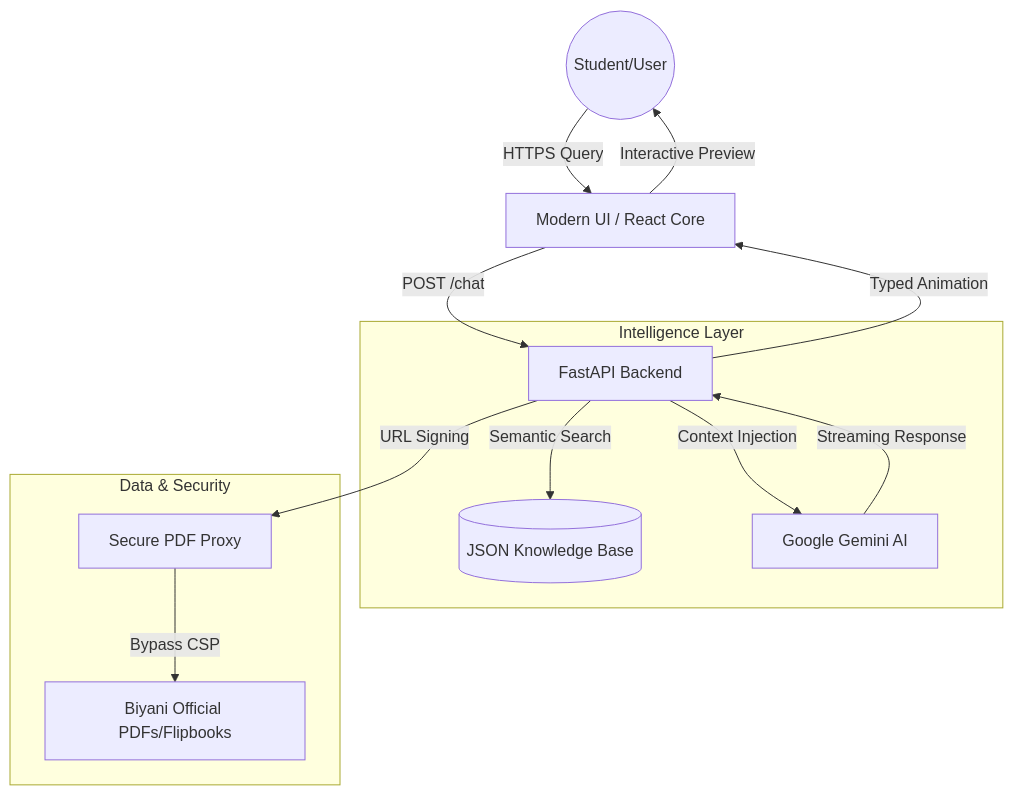
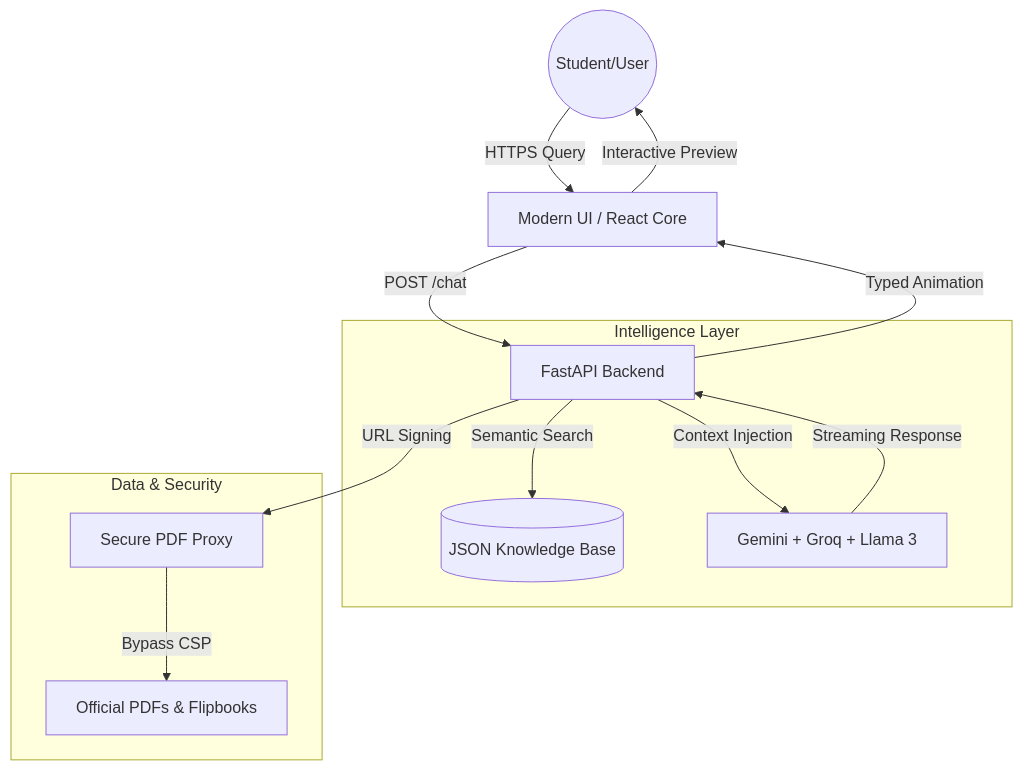
One commit to Kushal96499/Biyani-AI-Counselor changed the diagram in README.md. Above: the diagram before and after it, drawn with Mermaid. The commit also changed other lines of this file, not shown here.

Commit message:
docs: update README with multi-model architecture details and optimized installation instructions

````diff
--- a/README.md
+++ b/README.md
@@ -23,19 +33,19 @@
 ```mermaid
 graph TD
     User((Student/User)) -->|HTTPS Query| Frontend[Modern UI / React Core]
     Frontend -->|POST /chat| API[FastAPI Backend]
     
     subgraph "Intelligence Layer"
     API -->|Semantic Search| JSON[(JSON Knowledge Base)]
-    API -->|Context Injection| Gemini[Google Gemini AI]
+    API -->|Context Injection| MultiAI[Gemini + Groq + Llama 3]
     end
     
     subgraph "Data & Security"
     API -->|URL Signing| Proxy[Secure PDF Proxy]
-    Proxy -->|Bypass CSP| Docs[Biyani Official PDFs/Flipbooks]
+    Proxy -->|Bypass CSP| Docs[Official PDFs & Flipbooks]
     end
     
-    Gemini -->|Streaming Response| API
+    MultiAI -->|Streaming Response| API
     API -->|Typed Animation| Frontend
     Frontend -->|Interactive Preview| User
 ```
````
